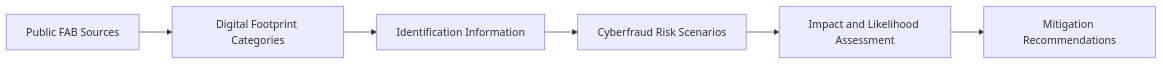
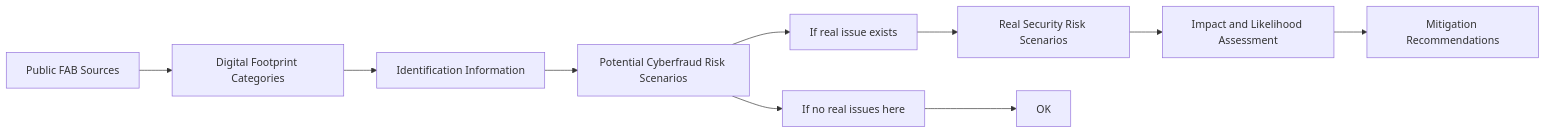
Before and after one commit to akonPAPA/First-Abu-Dhabi-Bank-hacking-areas-report-for-research: the diagram in README.md, drawn with Mermaid. The commit also changed other lines of this file, not shown here.

````diff
--- a/README.md
+++ b/README.md
@@ -120,8 +111,12 @@
 ```mermaid
 flowchart LR
     A[Public FAB Sources] --> B[Digital Footprint Categories]
     B --> C[Identification Information]
-    C --> D[Cyberfraud Risk Scenarios]
+    C --> C1[Potential Cyberfraud Risk Scenarios]
+    C1 --> C2[If real issue exists]
+    C1 --> C3[If no real issues here ]
+    C2 --> D[Real Security Risk Scenarios]
     D --> E[Impact and Likelihood Assessment]
     E --> F[Mitigation Recommendations]
+    C3 --> G[OK]
 ```
````
